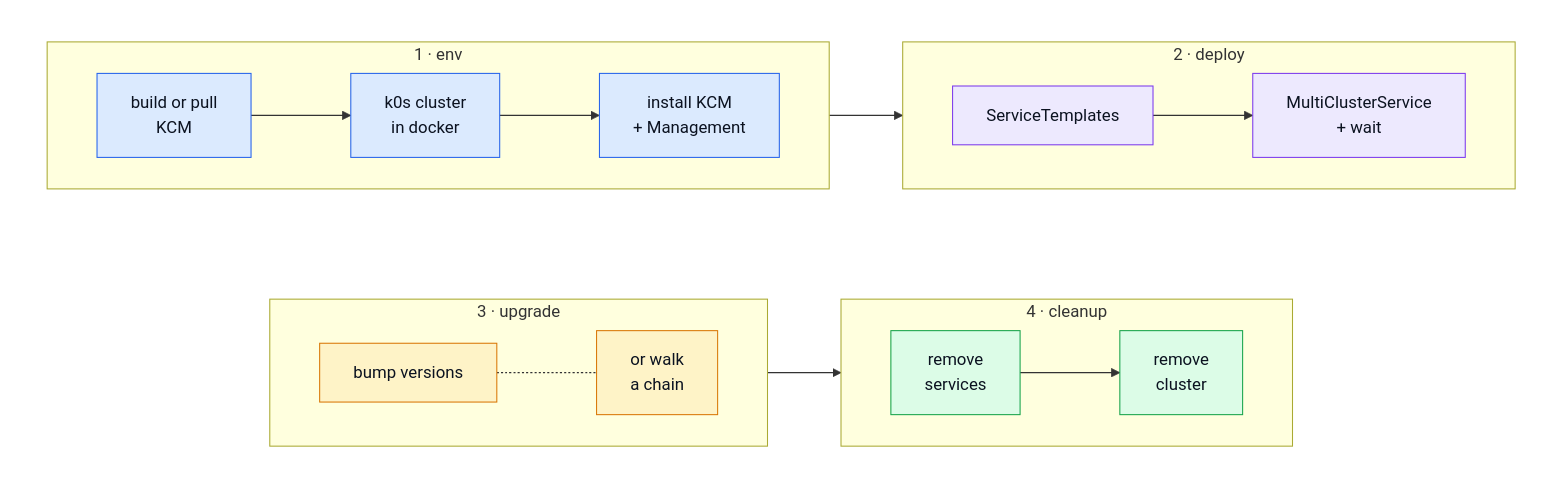
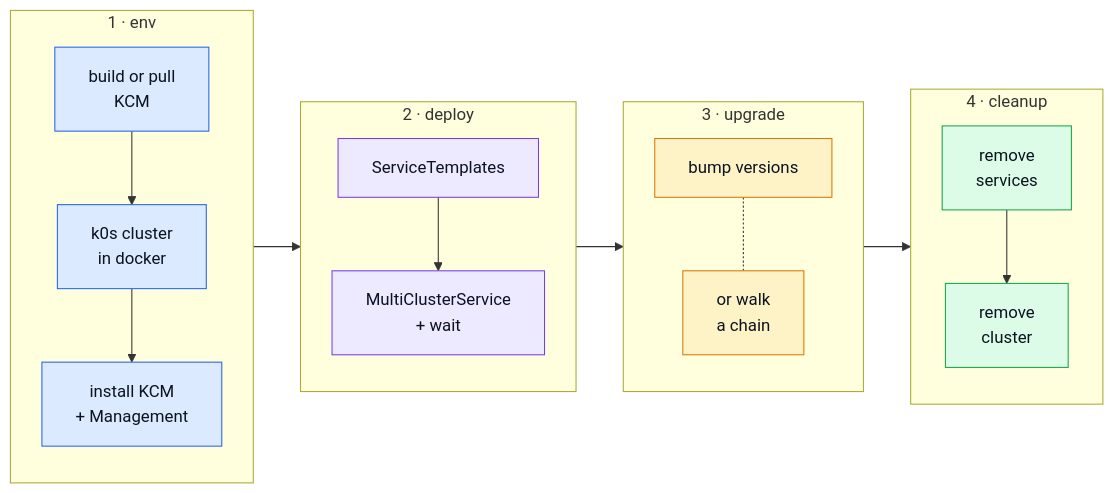
The first of 2 diagrams in README.md (josef-hak/k0rdent-ksm-tests), drawn with Mermaid before and after one commit. The commit also changed other lines of this file, not shown here.

Commit message:
docs: phases side by side, steps stacked inside each

````diff
--- a/README.md
+++ b/README.md
@@ -20,44 +20,35 @@
 ```mermaid
 %%{init: {'flowchart': {'padding': 16, 'nodeSpacing': 40, 'rankSpacing': 45}}}%%
-flowchart TB
-    subgraph ROW1[" "]
-        direction LR
-        subgraph P1["1 · env"]
-            direction LR
-            E1["build or pull<br/>KCM"] --> E2["k0s cluster<br/>in docker"] --> E3["install KCM<br/>+ Management"]
-        end
-        subgraph P2["2 · deploy"]
-            direction LR
-            D1["ServiceTemplates"] --> D2["MultiClusterService<br/>+ wait"]
-        end
-        P1 --> P2
+flowchart LR
+    subgraph P1["1 · env"]
+        direction TB
+        E1["build or pull<br/>KCM"] --> E2["k0s cluster<br/>in docker"] --> E3["install KCM<br/>+ Management"]
     end
 
-    subgraph ROW2[" "]
-        direction LR
-        subgraph P3["3 · upgrade"]
-            direction LR
-            U1["bump versions"] -.- U2["or walk<br/>a chain"]
-        end
-        subgraph P4["4 · cleanup"]
-            direction LR
-            C1["remove<br/>services"] --> C2["remove<br/>cluster"]
-        end
-        P3 --> P4
+    subgraph P2["2 · deploy"]
+        direction TB
+        D1["ServiceTemplates"] --> D2["MultiClusterService<br/>+ wait"]
     end
 
-    ROW1 ~~~ ROW2
+    subgraph P3["3 · upgrade"]
+        direction TB
+        U1["bump versions"] -.- U2["or walk<br/>a chain"]
+    end
 
-    classDef row fill:none,stroke:none
-    class ROW1,ROW2 row
+    subgraph P4["4 · cleanup"]
+        direction TB
+        C1["remove<br/>services"] --> C2["remove<br/>cluster"]
+    end
+
+    P1 --> P2 --> P3 --> P4
 
     classDef env fill:#dbeafe,stroke:#2563eb,color:#0b1220
     classDef dep fill:#ede9fe,stroke:#7c3aed,color:#0b1220
     classDef upg fill:#fef3c7,stroke:#d97706,color:#0b1220
     classDef out fill:#dcfce7,stroke:#16a34a,color:#0b1220
 
     class E1,E2,E3 env
     class D1,D2 dep
     class U1,U2 upg
     class C1,C2 out
 ```
````
